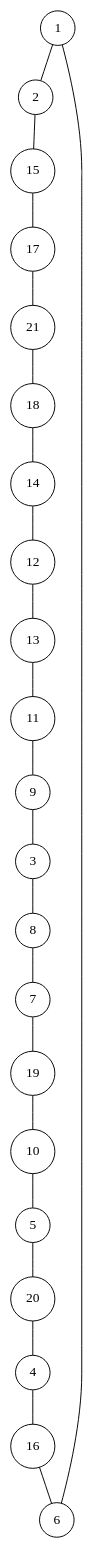
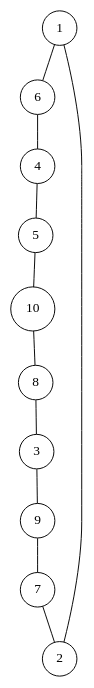
Before and after one commit to lugot/tsp-approximation: the diagram in data_generated/random1716955679/random1716955679.1.dot, drawn with Graphviz. The commit also changed 69 other files, not shown here.

```diff
--- a/data_generated/random1716955679/random1716955679.1.dot
+++ b/data_generated/random1716955679/random1716955679.1.dot
@@ -1,46 +1,24 @@
 graph random1716955679 {
 	node [shape=circle fillcolor=white]
-	1 [ pos = "2.888563,2.938799!"]
-	2 [ pos = "5.979193,3.742232!"]
-	3 [ pos = "19.204047,19.623305!"]
-	4 [ pos = "0.090760,14.916853!"]
-	5 [ pos = "6.952253,17.640141!"]
-	6 [ pos = "4.485589,6.612680!"]
-	7 [ pos = "9.853760,12.406870!"]
-	8 [ pos = "17.241166,19.441588!"]
-	9 [ pos = "17.250827,13.102488!"]
-	10 [ pos = "8.194523,14.814104!"]
-	11 [ pos = "16.449382,11.034476!"]
-	12 [ pos = "20.000000,3.412952!"]
-	13 [ pos = "18.031777,5.099406!"]
-	14 [ pos = "14.637593,3.621221!"]
-	15 [ pos = "7.098284,7.294717!"]
-	16 [ pos = "3.256702,9.986846!"]
-	17 [ pos = "10.233516,9.235894!"]
-	18 [ pos = "13.729078,9.245684!"]
-	19 [ pos = "8.667320,13.819838!"]
-	20 [ pos = "3.970658,15.619573!"]
-	21 [ pos = "11.268101,8.456247!"]
+	1 [ pos = "0.736003,0.748803!"]
+	2 [ pos = "1.523493,0.953517!"]
+	3 [ pos = "4.893173,5.000000!"]
+	4 [ pos = "0.023125,3.800800!"]
+	5 [ pos = "1.771428,4.494692!"]
+	6 [ pos = "1.142924,1.684905!"]
+	7 [ pos = "2.510729,3.161259!"]
+	8 [ pos = "4.393033,4.953699!"]
+	9 [ pos = "4.395495,3.338502!"]
+	10 [ pos = "2.087957,3.774620!"]
 
-	1 -- 2
-	2 -- 15
-	3 -- 8
-	4 -- 16
-	5 -- 20
-	6 -- 1
-	7 -- 19
-	8 -- 7
-	9 -- 3
-	10 -- 5
-	11 -- 9
-	12 -- 13
-	13 -- 11
-	14 -- 12
-	15 -- 17
-	16 -- 6
-	17 -- 21
-	18 -- 14
-	19 -- 10
-	20 -- 4
-	21 -- 18
+	1 -- 6
+	2 -- 1
+	3 -- 9
+	4 -- 5
+	5 -- 10
+	6 -- 4
+	7 -- 2
+	8 -- 3
+	9 -- 7
+	10 -- 8
 }
```
